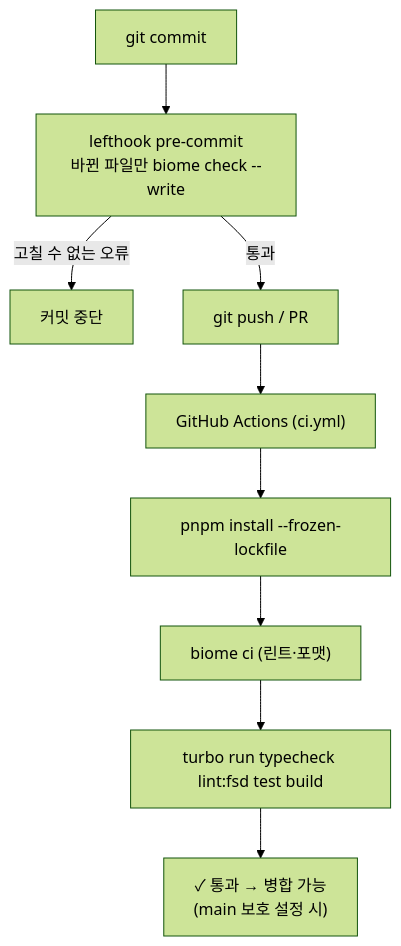
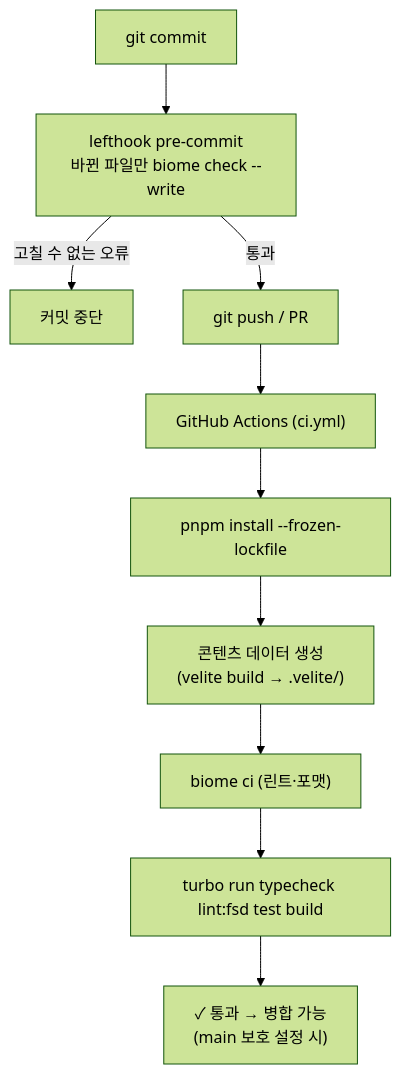
Before and after one commit to arqhive/arqhive-web: the eighth of 11 diagrams in docs/learning/app-flow.md, drawn with Mermaid (forest theme). The commit also changed other lines of this file and 3 other files, not shown here.

First line of the commit message:
CI: Biome 검사 전에 콘텐츠 데이터(Velite) 생성

````diff
--- a/docs/learning/app-flow.md
+++ b/docs/learning/app-flow.md
@@ -144,11 +144,12 @@
 ```mermaid
 flowchart TB
   commit["git commit"] --> hook["lefthook pre-commit<br/>바뀐 파일만 biome check --write"]
   hook -- "고칠 수 없는 오류" --> stop1["커밋 중단"]
   hook -- 통과 --> push["git push / PR"]
   push --> gha["GitHub Actions (ci.yml)"]
   gha --> s1["pnpm install --frozen-lockfile"]
-  s1 --> s2["biome ci (린트·포맷)"]
+  s1 --> s1b["콘텐츠 데이터 생성<br/>(velite build → .velite/)"]
+  s1b --> s2["biome ci (린트·포맷)"]
   s2 --> s3["turbo run typecheck lint:fsd test build"]
   s3 --> ok["✓ 통과 → 병합 가능<br/>(main 보호 설정 시)"]
 ```
````
